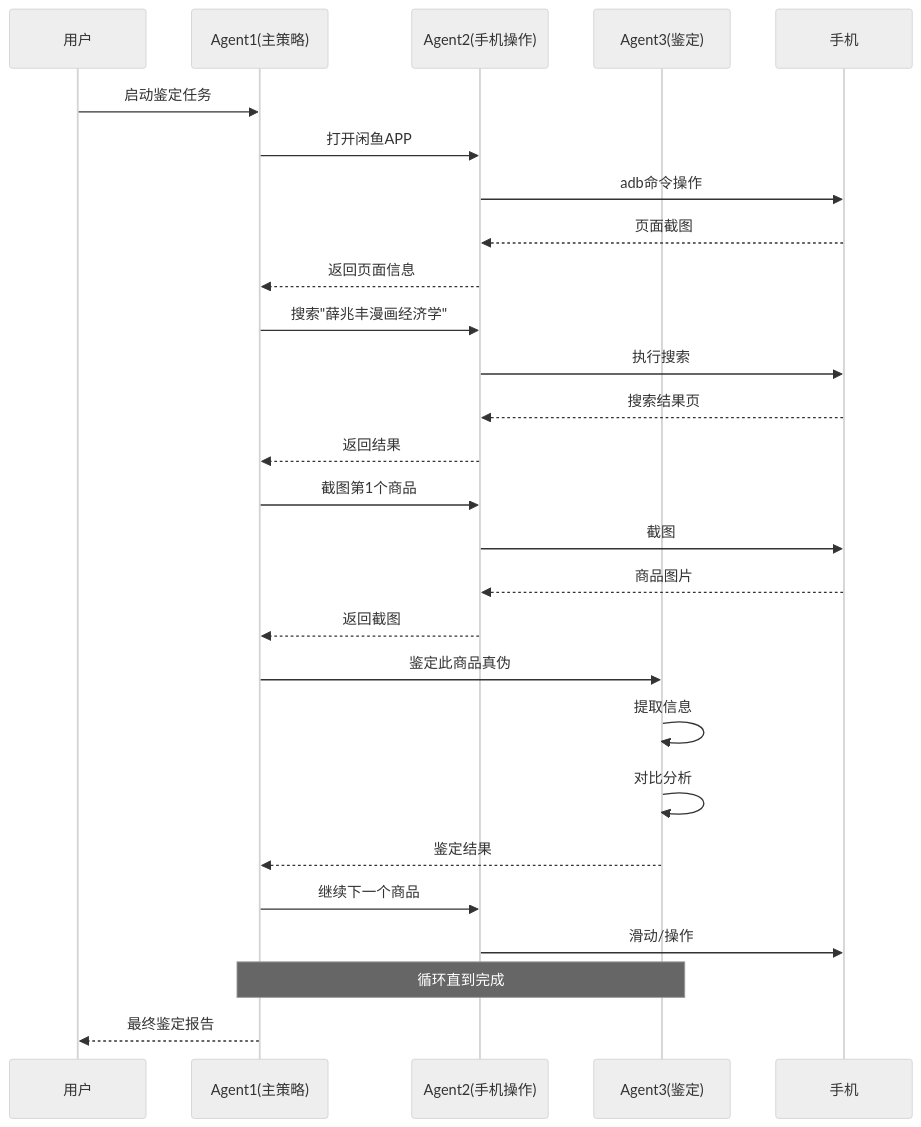
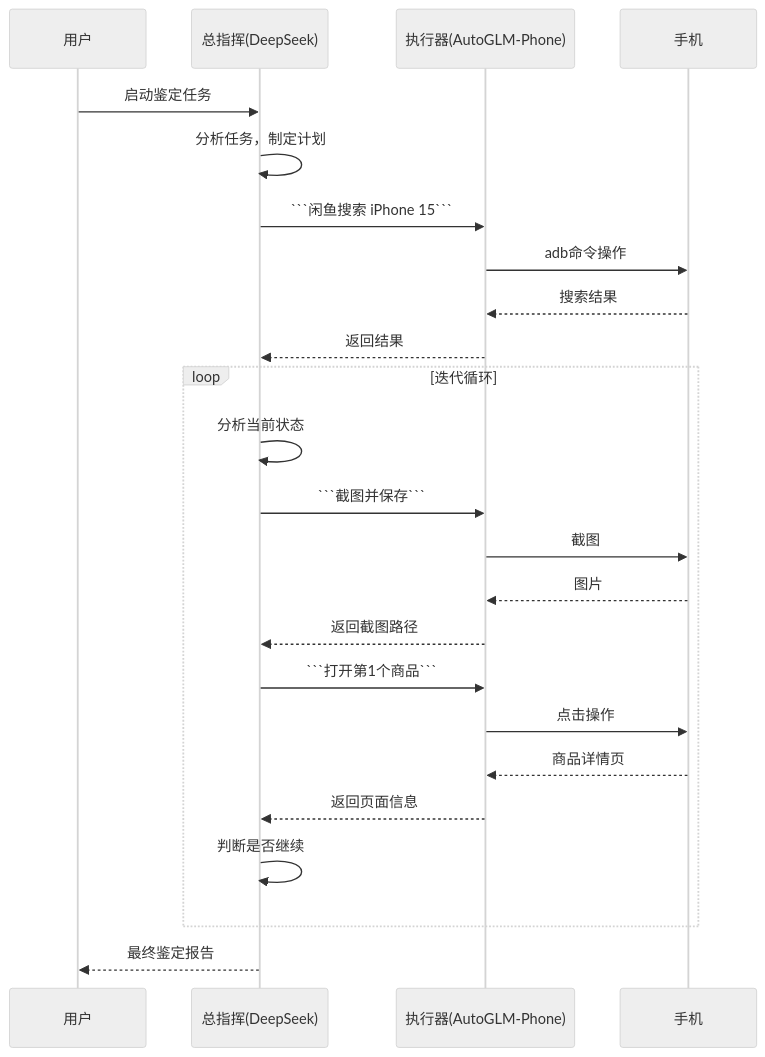
The second of 3 diagrams in README.md (montmorill/bohack-project), drawn with Mermaid (neutral theme) before and after one commit. The commit also changed other lines of this file and 4 other files, not shown here.

````diff
--- a/README.md
+++ b/README.md
@@ -67,35 +58,31 @@
 ```mermaid
 sequenceDiagram
     participant User as 用户
-    participant A1 as Agent1(主策略)
-    participant A2 as Agent2(手机操作)
-    participant A3 as Agent3(鉴定)
+    participant Commander as 总指挥(DeepSeek)
+    participant Executor as 执行器(AutoGLM-Phone)
     participant Phone as 手机
 
-    User->>A1: 启动鉴定任务
-    A1->>A2: 打开闲鱼APP
-    A2->>Phone: adb命令操作
-    Phone-->>A2: 页面截图
-    A2-->>A1: 返回页面信息
+    User->>Commander: 启动鉴定任务
+    Commander->>Commander: 分析任务，制定计划
+    Commander->>Executor: ```闲鱼搜索 iPhone 15```
+    Executor->>Phone: adb命令操作
+    Phone-->>Executor: 搜索结果
+    Executor-->>Commander: 返回结果
 
-    A1->>A2: 搜索"薛兆丰漫画经济学"
-    A2->>Phone: 执行搜索
-    Phone-->>A2: 搜索结果页
-    A2-->>A1: 返回结果
+    loop 迭代循环
+        Commander->>Commander: 分析当前状态
+        Commander->>Executor: ```截图并保存```
+        Executor->>Phone: 截图
+        Phone-->>Executor: 图片
+        Executor-->>Commander: 返回截图路径
 
-    A1->>A2: 截图第1个商品
-    A2->>Phone: 截图
-    Phone-->>A2: 商品图片
-    A2-->>A1: 返回截图
+        Commander->>Executor: ```打开第1个商品```
+        Executor->>Phone: 点击操作
+        Phone-->>Executor: 商品详情页
+        Executor-->>Commander: 返回页面信息
 
-    A1->>A3: 鉴定此商品真伪
-    A3->>A3: 提取信息
-    A3->>A3: 对比分析
-    A3-->>A1: 鉴定结果
+        Commander->>Commander: 判断是否继续
+    end
 
-    A1->>A2: 继续下一个商品
-    A2->>Phone: 滑动/操作
-    Note over A1,A3: 循环直到完成
-
-    A1-->>User: 最终鉴定报告
+    Commander-->>User: 最终鉴定报告
 ```
````
